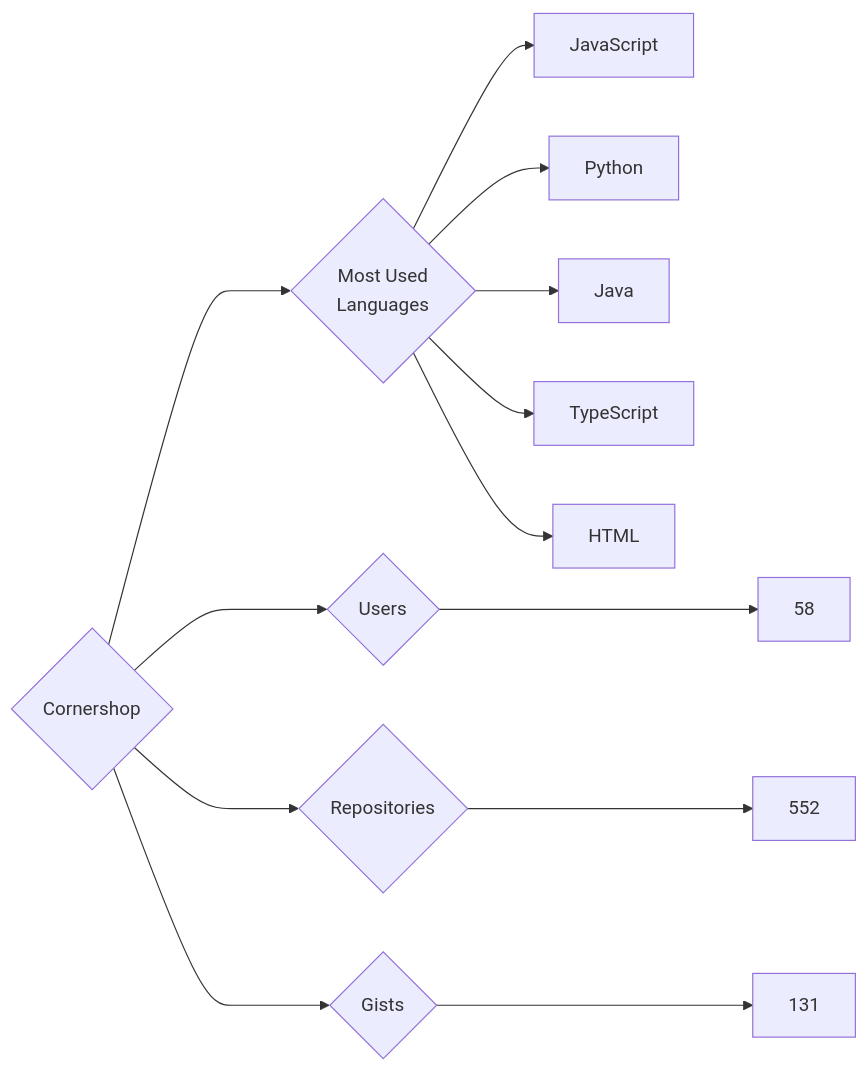
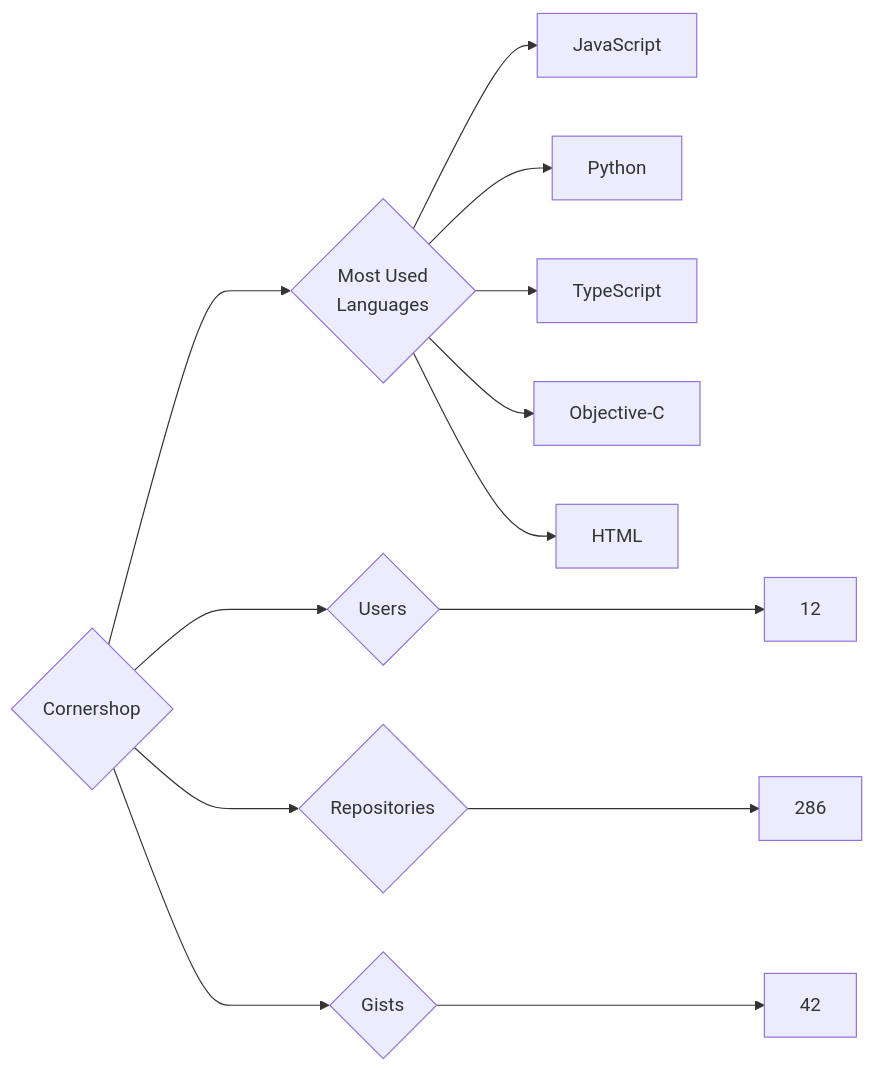
One commit to trickest/insiders changed the diagram in targets/Cornershop/README.md. Above: the diagram before and after it, drawn with Mermaid. The commit also changed 440 other files, not shown here.

````diff
--- a/targets/Cornershop/README.md
+++ b/targets/Cornershop/README.md
@@ -3,13 +3,13 @@
 ```mermaid
 graph LR
 COMPANY_NAME{Cornershop}
-COMPANY_NAME ---> U{Users} ---> UN[58]
-COMPANY_NAME ---> R{Repositories} ---> RN[552]
-COMPANY_NAME ---> G{Gists} ---> GN[131]
+COMPANY_NAME ---> U{Users} ---> UN[12]
+COMPANY_NAME ---> R{Repositories} ---> RN[286]
+COMPANY_NAME ---> G{Gists} ---> GN[42]
 COMPANY_NAME ---> ML{Most Used<br>Languages}
 ML --> JavaScript[JavaScript]
 ML --> Python[Python]
-ML --> Java[Java]
 ML --> TypeScript[TypeScript]
+ML --> Objective-C[Objective-C]
 ML --> HTML[HTML]
 ```
````
